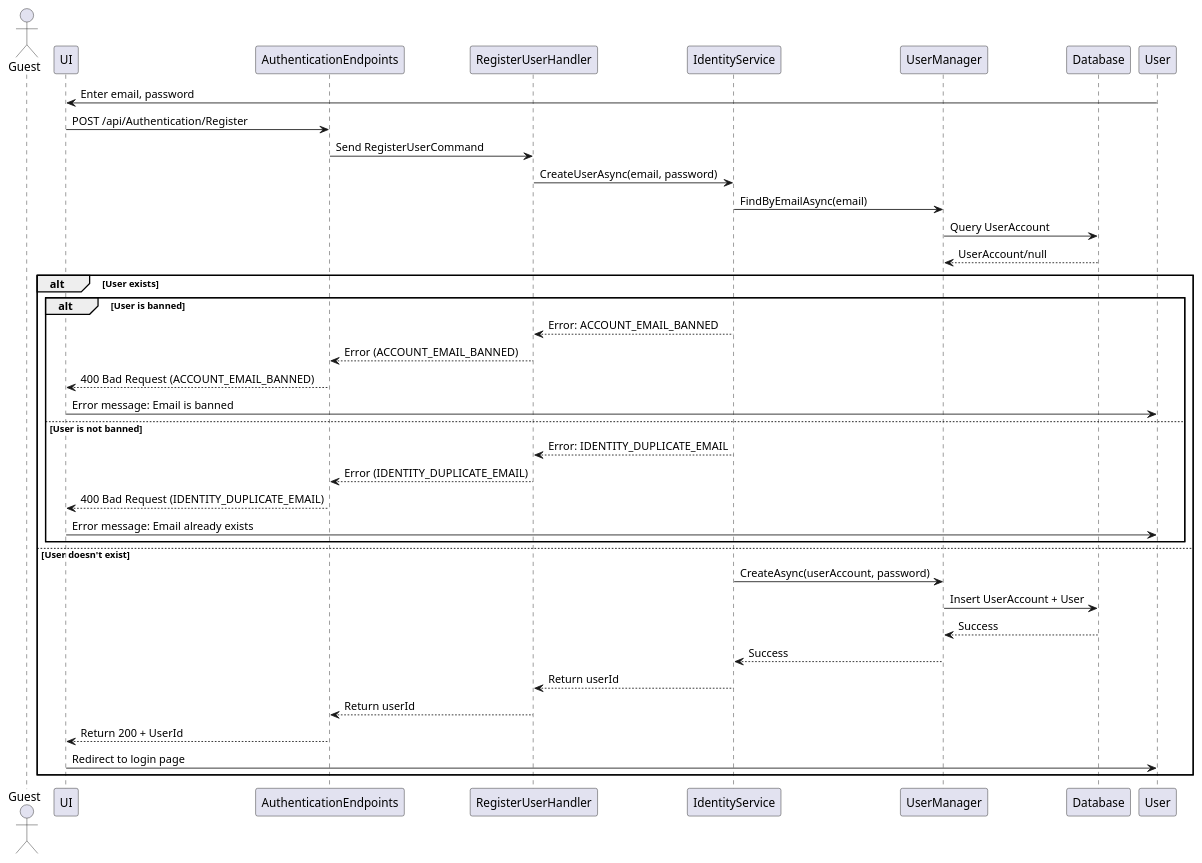
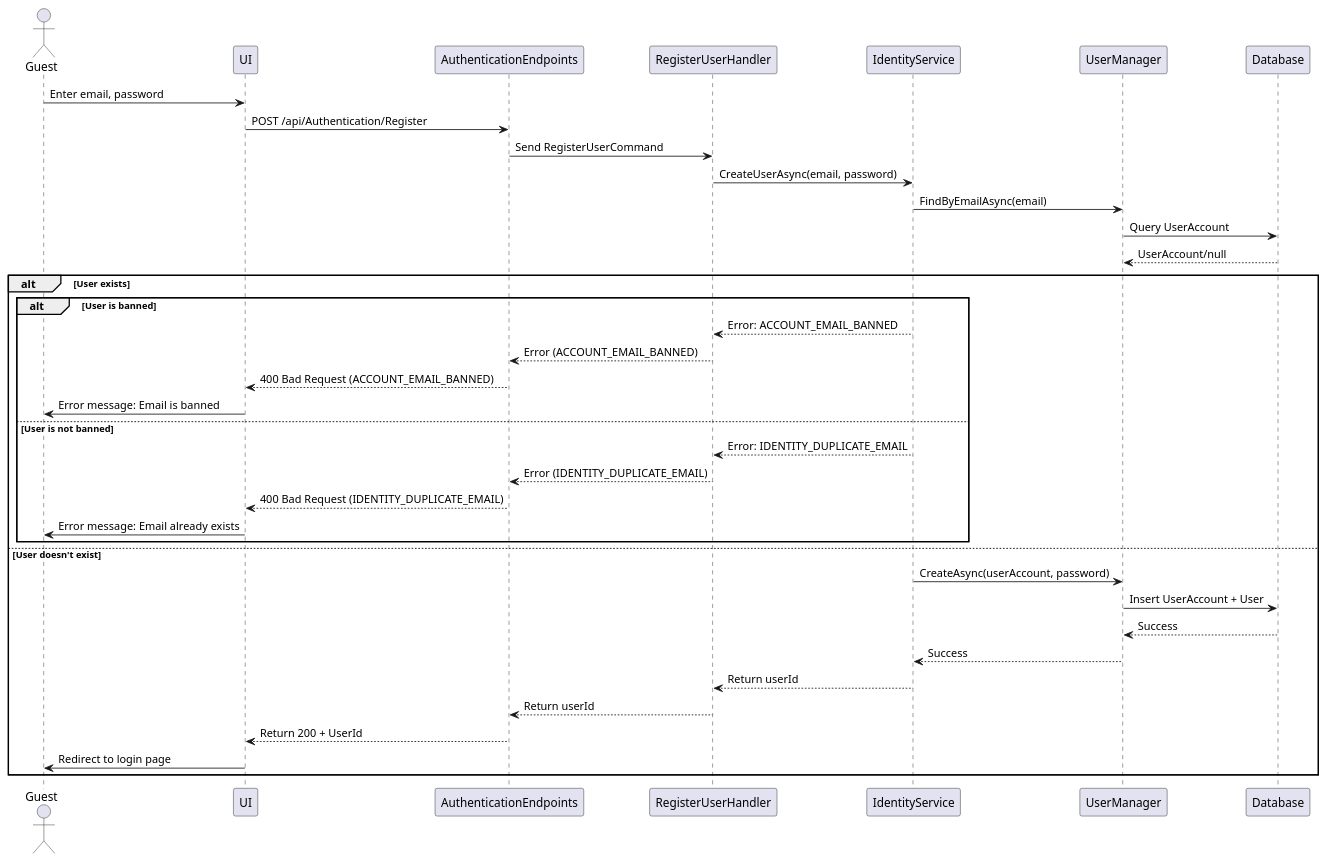
Before and after one commit to thanhkhac/SEP_Diagram: the diagram in authentication/Sequence/01_Register.puml, drawn with PlantUML. The commit also changed 6 other files, not shown here.

First line of the commit message:
Unify actor naming to 'Guest as User' in sequence diagrams

```diff
--- a/authentication/Sequence/01_Register.puml
+++ b/authentication/Sequence/01_Register.puml
@@ -1,39 +1,39 @@
 @startuml
-actor Guest
+actor Guest as User
 participant UI
 participant AuthenticationEndpoints
 participant RegisterUserHandler
 participant IdentityService
 participant UserManager
 participant Database
 
 User -> UI : Enter email, password
 UI -> AuthenticationEndpoints : POST /api/Authentication/Register
 AuthenticationEndpoints -> RegisterUserHandler : Send RegisterUserCommand
 RegisterUserHandler -> IdentityService : CreateUserAsync(email, password)
 IdentityService -> UserManager : FindByEmailAsync(email)
 UserManager -> Database : Query UserAccount
 Database --> UserManager : UserAccount/null
 alt User exists
     alt User is banned
         IdentityService --> RegisterUserHandler : Error: ACCOUNT_EMAIL_BANNED
         RegisterUserHandler --> AuthenticationEndpoints : Error (ACCOUNT_EMAIL_BANNED)
         AuthenticationEndpoints --> UI : 400 Bad Request (ACCOUNT_EMAIL_BANNED)
         UI -> User : Error message: Email is banned
     else User is not banned
         IdentityService --> RegisterUserHandler : Error: IDENTITY_DUPLICATE_EMAIL
         RegisterUserHandler --> AuthenticationEndpoints : Error (IDENTITY_DUPLICATE_EMAIL)
         AuthenticationEndpoints --> UI : 400 Bad Request (IDENTITY_DUPLICATE_EMAIL)
         UI -> User : Error message: Email already exists
     end
 else User doesn't exist
     IdentityService -> UserManager : CreateAsync(userAccount, password)
     UserManager -> Database : Insert UserAccount + User
     Database --> UserManager : Success
     UserManager --> IdentityService : Success
     IdentityService --> RegisterUserHandler : Return userId
     RegisterUserHandler --> AuthenticationEndpoints : Return userId
     AuthenticationEndpoints --> UI : Return 200 + UserId
     UI -> User : Redirect to login page
 end
 @enduml
```
